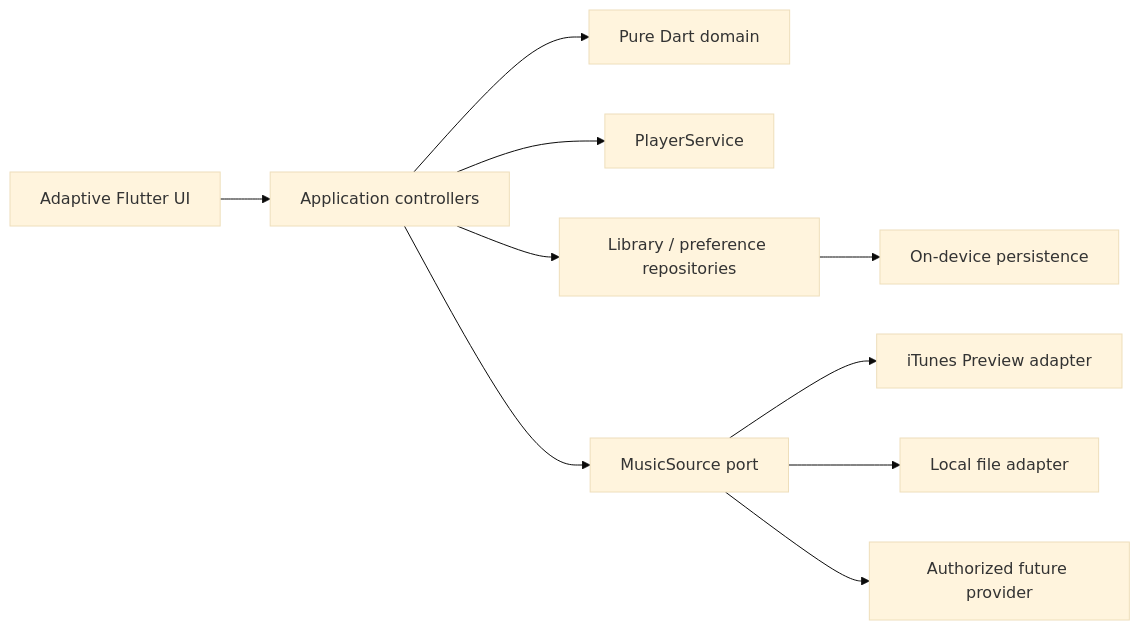
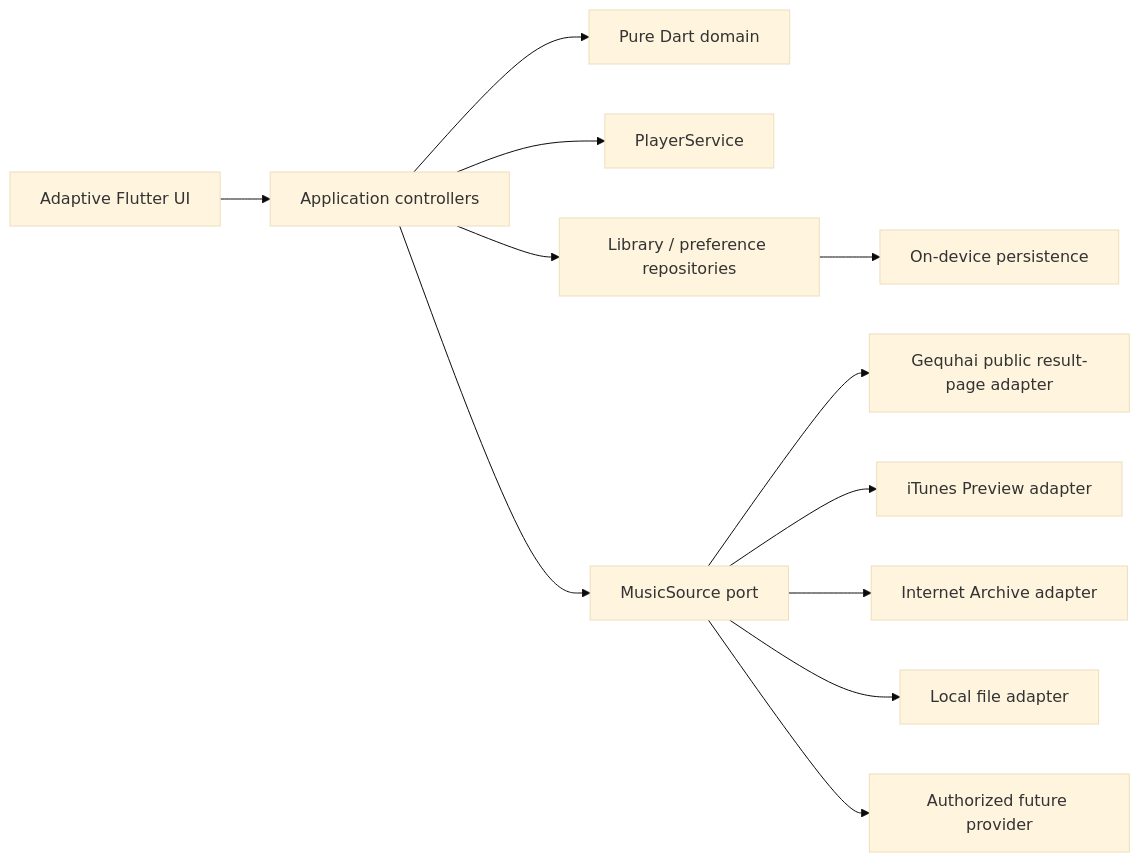
Before and after one commit to Xzeng666/Music-player: the diagram in docs/ARCHITECTURE.md, drawn with Mermaid (base theme). The commit also changed other lines of this file and 24 other files, not shown here.

````diff
--- a/docs/ARCHITECTURE.md
+++ b/docs/ARCHITECTURE.md
@@ -21,12 +20,14 @@
 ```mermaid
 flowchart LR
   UI["Adaptive Flutter UI"] --> APP["Application controllers"]
   APP --> DOMAIN["Pure Dart domain"]
   APP --> PLAYER["PlayerService"]
   APP --> REPO["Library / preference repositories"]
   REPO --> LOCAL["On-device persistence"]
   APP --> SOURCE["MusicSource port"]
+  SOURCE --> GEQUHAI["Gequhai public result-page adapter"]
   SOURCE --> ITUNES["iTunes Preview adapter"]
+  SOURCE --> ARCHIVE["Internet Archive adapter"]
   SOURCE --> FILES["Local file adapter"]
   SOURCE --> FUTURE["Authorized future provider"]
 ```
````
